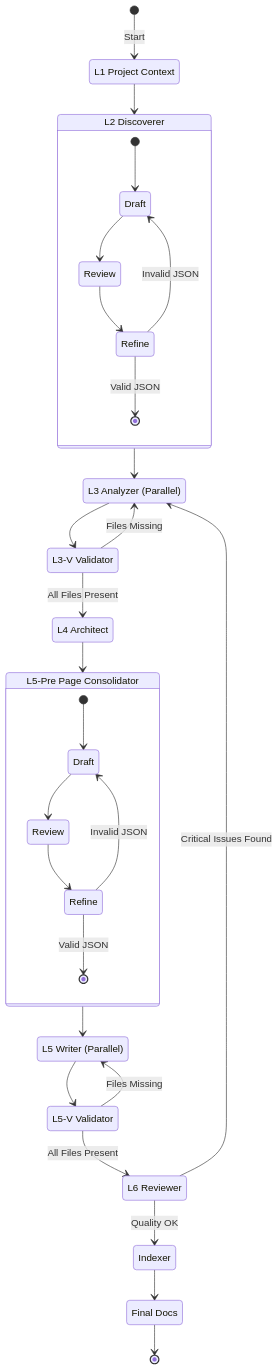
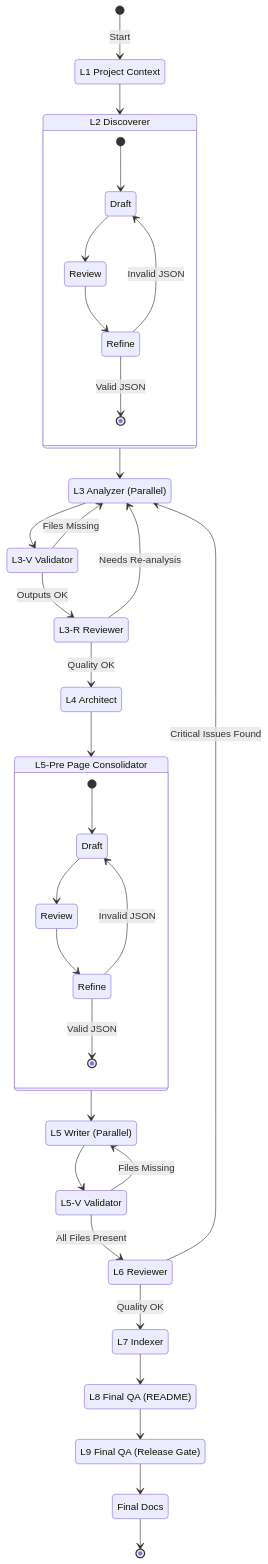
Before and after one commit to ifapmzadu6/vscode-copilot-deepwiki-extention: the diagram in README.md, drawn with Mermaid. The commit also changed other lines of this file and 3 other files, not shown here.

````diff
--- a/README.md
+++ b/README.md
@@ -22,56 +22,63 @@
 ```mermaid
 stateDiagram-v2
     [*] --> L1: Start
 
     L1: L1 Project Context
     L2: L2 Discoverer
     L3: L3 Analyzer (Parallel)
     L3V: L3-V Validator
+    L3R: L3-R Reviewer
     L4: L4 Architect
     L5Pre: L5-Pre Page Consolidator
     L5: L5 Writer (Parallel)
     L5V: L5-V Validator
     L6: L6 Reviewer
-    Indexer: Indexer
+    L7: L7 Indexer
+    L8: L8 Final QA (README)
+    L9: L9 Final QA (Release Gate)
     Done: Final Docs
 
     L1 --> L2
     
     state L2 {
         [*] --> Draft
         Draft --> Review
         Review --> Refine
         Refine --> [*]: Valid JSON
         Refine --> Draft: Invalid JSON
     }
     
     L2 --> L3
     
     L3 --> L3V
     L3V --> L3: Files Missing
-    L3V --> L4: All Files Present
+    L3V --> L3R: Outputs OK
+    L3R --> L3: Needs Re-analysis
+    L3R --> L4: Quality OK
     
     L4 --> L5Pre
     
     state L5Pre {
         [*] --> Draft5
         Draft5: Draft
         Review5: Review
         Refine5: Refine
         Draft5 --> Review5
         Review5 --> Refine5
         Refine5 --> [*]: Valid JSON
         Refine5 --> Draft5: Invalid JSON
     }
     
     L5Pre --> L5
     L5 --> L5V
     L5V --> L5: Files Missing
     L5V --> L6: All Files Present
     
     L6 --> L3: Critical Issues Found
-    L6 --> Indexer: Quality OK
+    L6 --> L7: Quality OK
     
-    Indexer --> Done
+    L7 --> L8
+    L8 --> L9
+    L9 --> Done
     Done --> [*]
 ```
````
